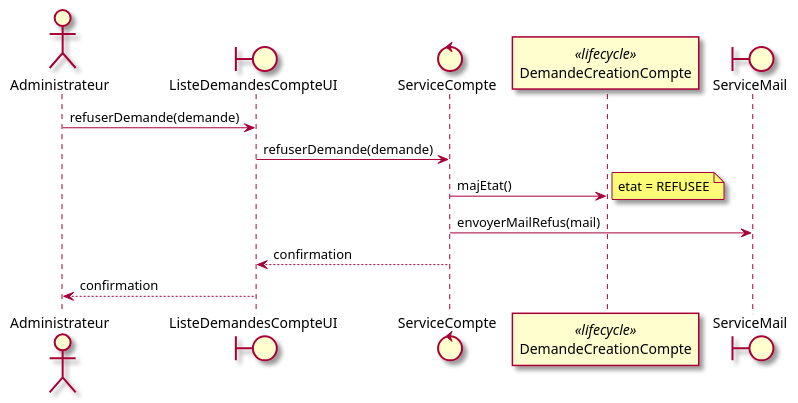
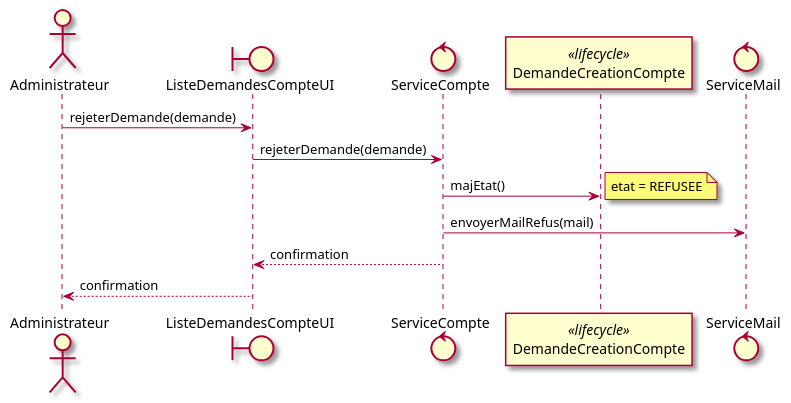
The seventh of 56 diagrams in docs/02-Analyse.md (mrajaonson/glg204-room-management-system), drawn with PlantUML before and after one commit. The commit also changed other lines of this file and 2 other files, not shown here.

````diff
--- a/docs/02-Analyse.md
+++ b/docs/02-Analyse.md
@@ -297,18 +297,18 @@
 ```plantuml
 @startuml
 skin rose
 actor Administrateur as a
 boundary ListeDemandesCompteUI as ui
 control ServiceCompte as svc
 participant DemandeCreationCompte as dcm <<lifecycle>>
-boundary ServiceMail as mail
+control ServiceMail as mail
 
-a -> ui : refuserDemande(demande)
-ui -> svc : refuserDemande(demande)
+a -> ui : rejeterDemande(demande)
+ui -> svc : rejeterDemande(demande)
 svc -> dcm : majEtat()
 note right : etat = REFUSEE
 svc -> mail : envoyerMailRefus(mail)
 svc --> ui : confirmation
 ui --> a : confirmation
 @enduml
 ```
````
